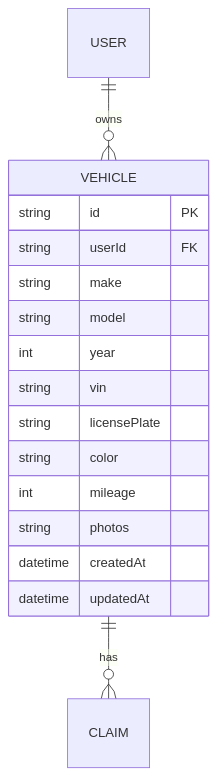
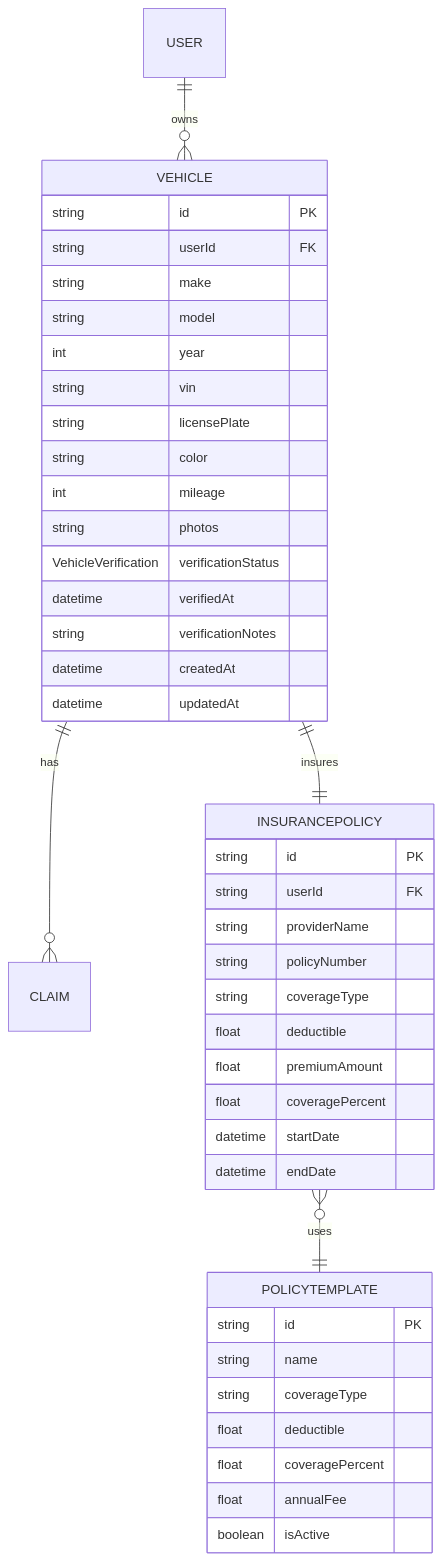
Before and after one commit to NaveenHiranya/Smart-Vehicle-Insurance-Claim-System: the fifth of 6 diagrams in .qoder/repowiki/en/content/Frontend Documentation/Pages and Views/User Pages/Vehicle Management Page.md, drawn with Mermaid. The commit also changed other lines of this file and 21 other files, not shown here.

````diff
--- a/.qoder/repowiki/en/content/Frontend Documentation/Pages and Views/User Pages/Vehicle Management Page.md
+++ b/.qoder/repowiki/en/content/Frontend Documentation/Pages and Views/User Pages/Vehicle Management Page.md
@@ -262,19 +310,45 @@
 ```mermaid
 erDiagram
 USER ||--o{ VEHICLE : owns
 VEHICLE ||--o{ CLAIM : has
+VEHICLE ||--|| INSURANCEPOLICY : insures
+INSURANCEPOLICY }o--|| POLICYTEMPLATE : uses
 VEHICLE {
 string id PK
 string userId FK
 string make
 string model
 int year
 string vin
 string licensePlate
 string color
 int mileage
 string photos
+VehicleVerification verificationStatus
+datetime verifiedAt
+string verificationNotes
 datetime createdAt
 datetime updatedAt
 }
+INSURANCEPOLICY {
+string id PK
+string userId FK
+string providerName
+string policyNumber
+string coverageType
+float deductible
+float premiumAmount
+float coveragePercent
+datetime startDate
+datetime endDate
+}
+POLICYTEMPLATE {
+string id PK
+string name
+string coverageType
+float deductible
+float coveragePercent
+float annualFee
+boolean isActive
+}
 ```
````
